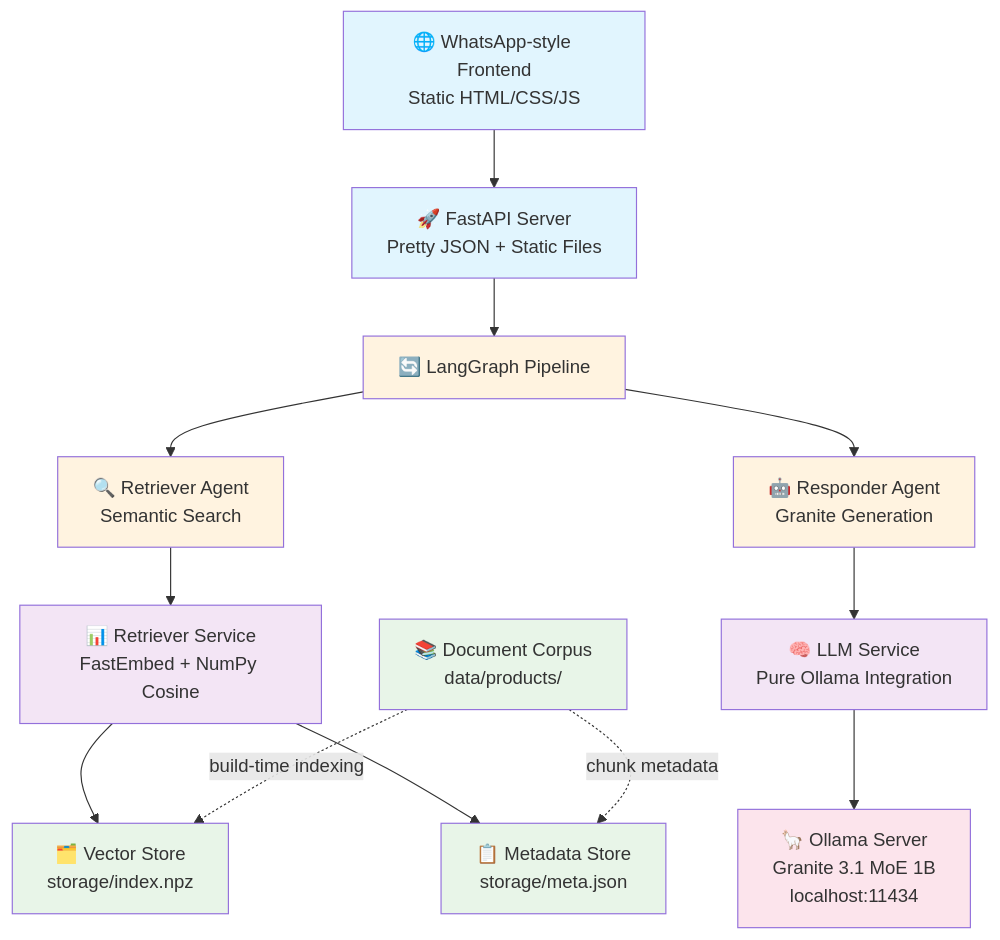
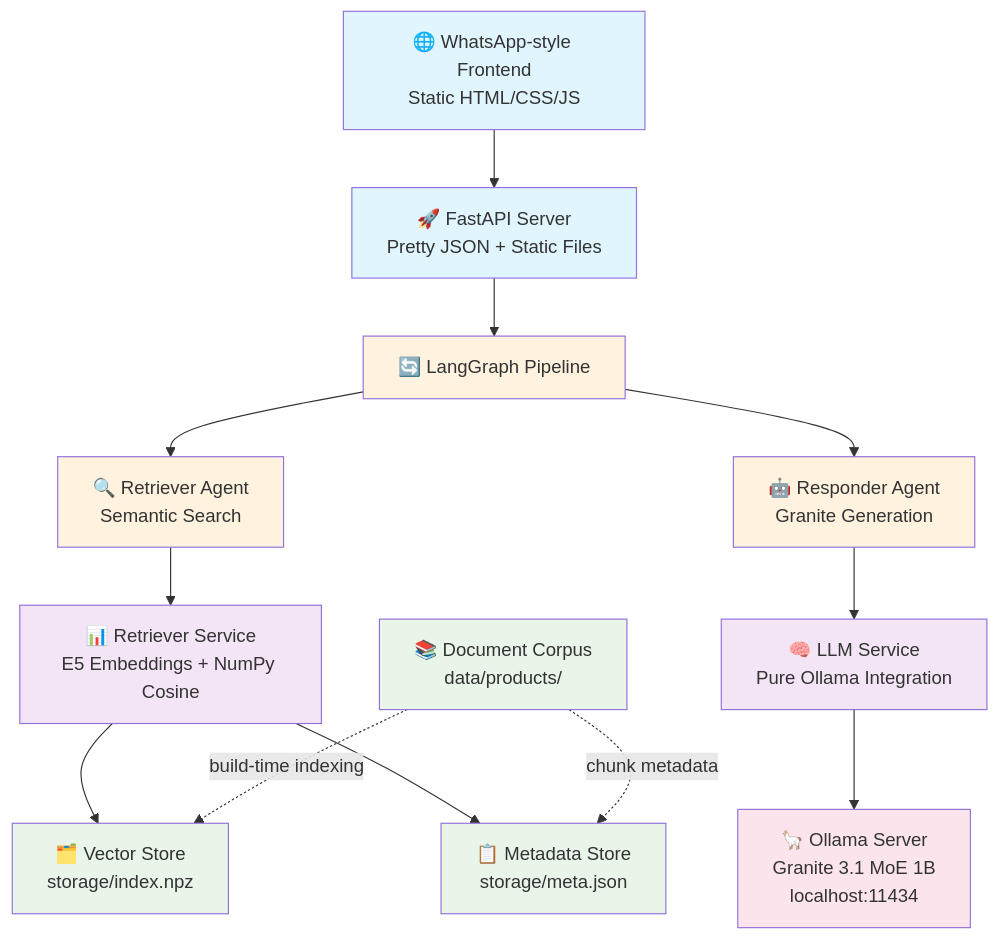
One commit to lucianareynaud/rag-tech changed the diagram in README.md. Above: the diagram before and after it, drawn with Mermaid. The commit also changed other lines of this file and 8 other files, not shown here.

````diff
--- a/README.md
+++ b/README.md
@@ -43,51 +43,51 @@
 ```mermaid
 graph TB
     %% User Interface Layer
     UI[🌐 WhatsApp-style Frontend<br/>Static HTML/CSS/JS]
     API[🚀 FastAPI Server<br/>Pretty JSON + Static Files]
     
     %% Agent Pipeline Layer
     Pipeline[🔄 LangGraph Pipeline]
     RA[🔍 Retriever Agent<br/>Semantic Search]
     RespA[🤖 Responder Agent<br/>Granite Generation]
     
     %% Core Services Layer
-    Retriever[📊 Retriever Service<br/>FastEmbed + NumPy Cosine]
+    Retriever[📊 Retriever Service<br/>E5 Embeddings + NumPy Cosine]
     LLM[🧠 LLM Service<br/>Pure Ollama Integration]
     
     %% Data Layer
     VectorStore[🗂️ Vector Store<br/>storage/index.npz]
     MetaStore[📋 Metadata Store<br/>storage/meta.json]
     Corpus[📚 Document Corpus<br/>data/products/]
     
     %% External Tools
     Ollama[🦙 Ollama Server<br/>Granite 3.1 MoE 1B<br/>localhost:11434]
     
     %% Flow connections
     UI --> API
     API --> Pipeline
     Pipeline --> RA
     Pipeline --> RespA
     RA --> Retriever
     RespA --> LLM
     Retriever --> VectorStore
     Retriever --> MetaStore
     LLM --> Ollama
     
     %% Data ingestion flow
     Corpus -.-> |build-time indexing| VectorStore
     Corpus -.-> |chunk metadata| MetaStore
     
     %% Styling
     classDef frontend fill:#e1f5fe
     classDef agent fill:#fff3e0
     classDef service fill:#f3e5f5
     classDef storage fill:#e8f5e8
     classDef external fill:#fce4ec
     
     class UI,API frontend
     class Pipeline,RA,RespA agent
     class Retriever,LLM service
     class VectorStore,MetaStore,Corpus storage
     class Ollama external
 ```
````
